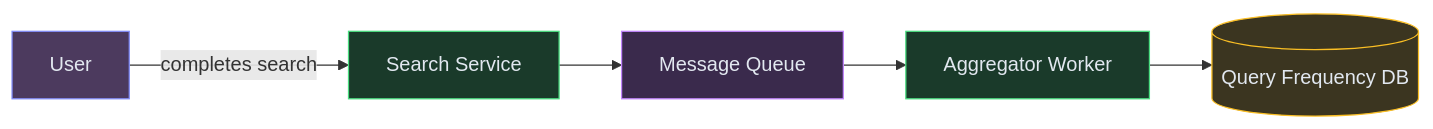
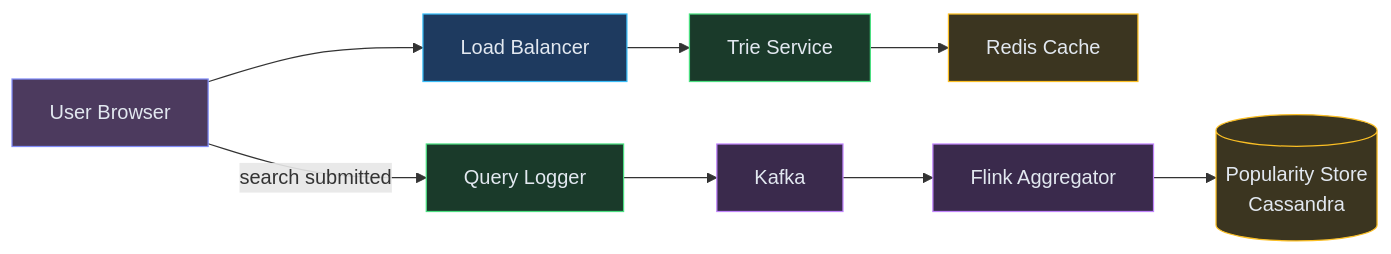
One commit to iluzn/HLD-Designs changed the third of 8 diagrams in content/hld/SearchAutocomplete.md. Above: the diagram before and after it, drawn with Mermaid. The commit also changed other lines of this file and 26 other files, not shown here.

````diff
--- a/content/hld/SearchAutocomplete.md
+++ b/content/hld/SearchAutocomplete.md
@@ -131,18 +201,25 @@
 ```mermaid
 flowchart LR
-    USER["User"]:::client
-    API["Search Service"]:::service
-    MQ["Message Queue"]:::async
-    AGG["Aggregator Worker"]:::service
-    DB[("Query Frequency DB")]:::data
+    USER["User Browser"]:::client
+    LB["Load Balancer"]:::edge
+    TRIE["Trie Service"]:::service
+    CACHE["Redis Cache"]:::data
+    QLOG["Query Logger"]:::service
+    STREAM["Kafka"]:::async
+    AGG["Flink Aggregator"]:::async
+    POPDB[("Popularity Store<br/>Cassandra")]:::data
 
-    USER -->|completes search| API
-    API --> MQ
-    MQ --> AGG
-    AGG --> DB
+    USER --> LB
+    LB --> TRIE
+    TRIE --> CACHE
+    USER -->|"search submitted"| QLOG
+    QLOG --> STREAM
+    STREAM --> AGG
+    AGG --> POPDB
 
     classDef client fill:#4c3a5e,stroke:#818cf8,color:#e2e8f0
+    classDef edge fill:#1e3a5f,stroke:#38bdf8,color:#e2e8f0
     classDef service fill:#1a3a2a,stroke:#4ade80,color:#e2e8f0
     classDef data fill:#3b3520,stroke:#fbbf24,color:#e2e8f0
     classDef async fill:#3a2a4c,stroke:#c084fc,color:#e2e8f0
 ```
````
